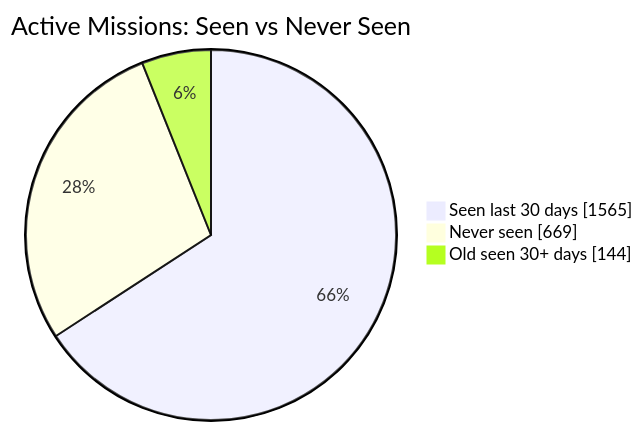
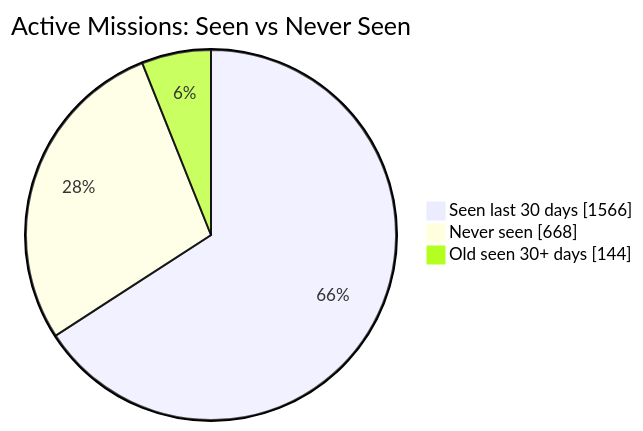
Before and after one commit to MeldkamerspelGameTeam/active-missions: the first of 2 diagrams in README.md, drawn with Mermaid. The commit also changed other lines of this file and 3 other files, not shown here.

````diff
--- a/README.md
+++ b/README.md
@@ -34,7 +34,7 @@
 ```mermaid
 pie showData
     title Active Missions: Seen vs Never Seen
-    "Seen last 30 days" : 1565
-    "Never seen" : 669
+    "Seen last 30 days" : 1566
+    "Never seen" : 668
     "Old seen 30+ days" : 144
 ```
````
